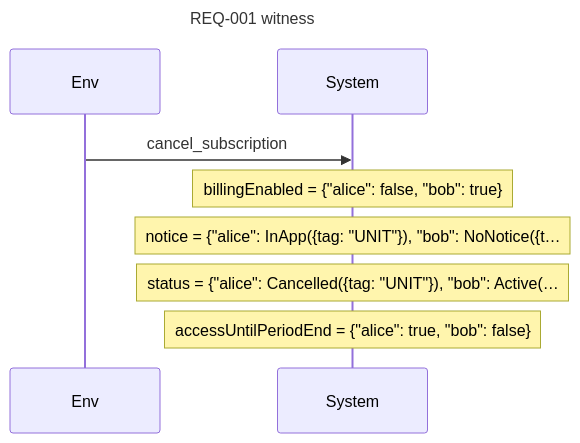
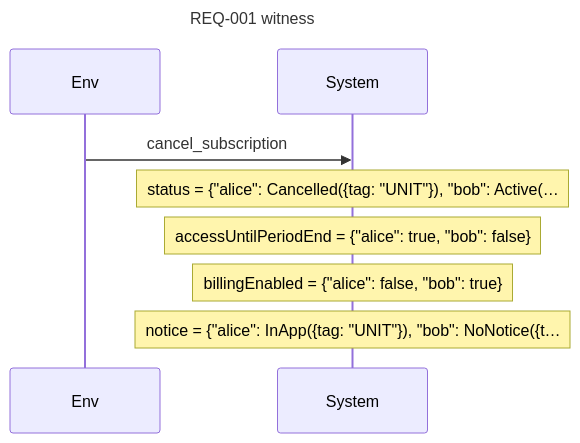
One commit to AlesKracik/quintessence changed the third of 8 diagrams in examples/specs/subscription.readback.md. Above: the diagram before and after it, drawn with Mermaid. The commit also changed other lines of this file and 60 other files, not shown here.

````diff
--- a/examples/specs/subscription.readback.md
+++ b/examples/specs/subscription.readback.md
@@ -267,11 +267,11 @@
 ```mermaid
 sequenceDiagram
     title REQ-001 witness
     participant E as Env
     participant S as System
     E->>S: cancel_subscription
+    Note over S: status = {"alice": Cancelled({tag: "UNIT"}), "bob": Active(…
+    Note over S: accessUntilPeriodEnd = {"alice": true, "bob": false}
     Note over S: billingEnabled = {"alice": false, "bob": true}
     Note over S: notice = {"alice": InApp({tag: "UNIT"}), "bob": NoNotice({t…
-    Note over S: status = {"alice": Cancelled({tag: "UNIT"}), "bob": Active(…
-    Note over S: accessUntilPeriodEnd = {"alice": true, "bob": false}
 ```
````
